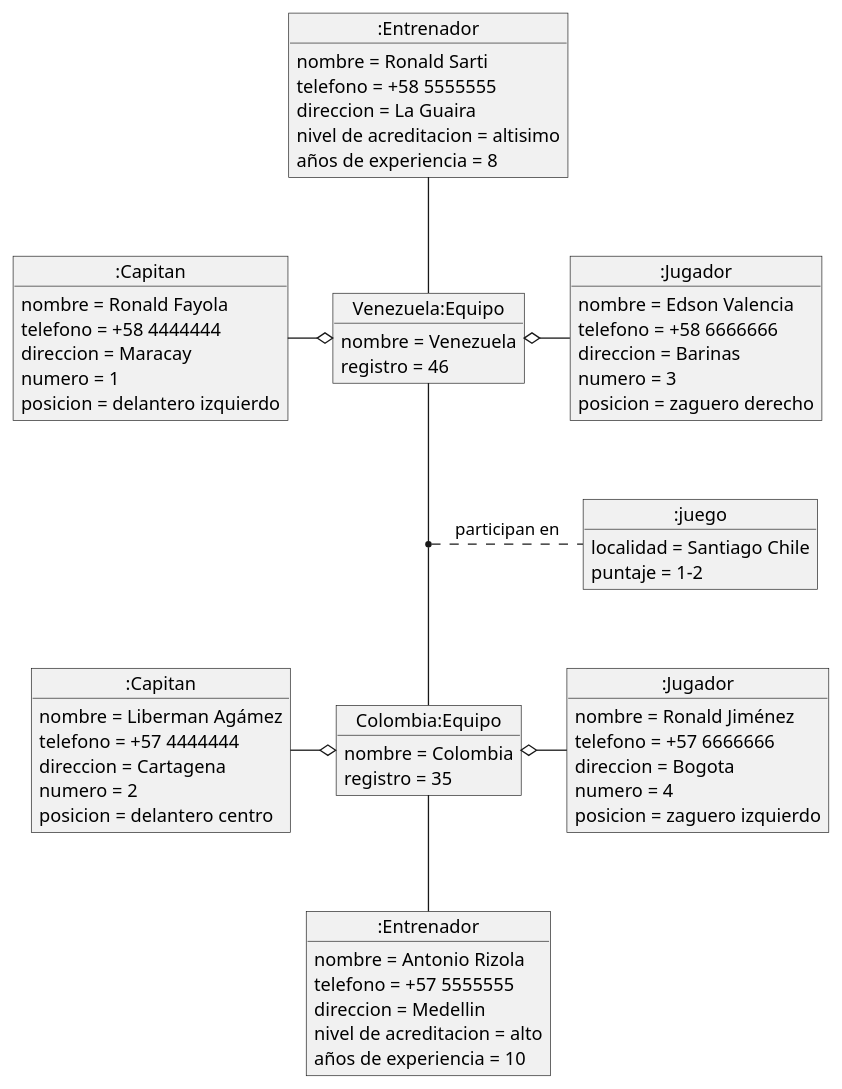
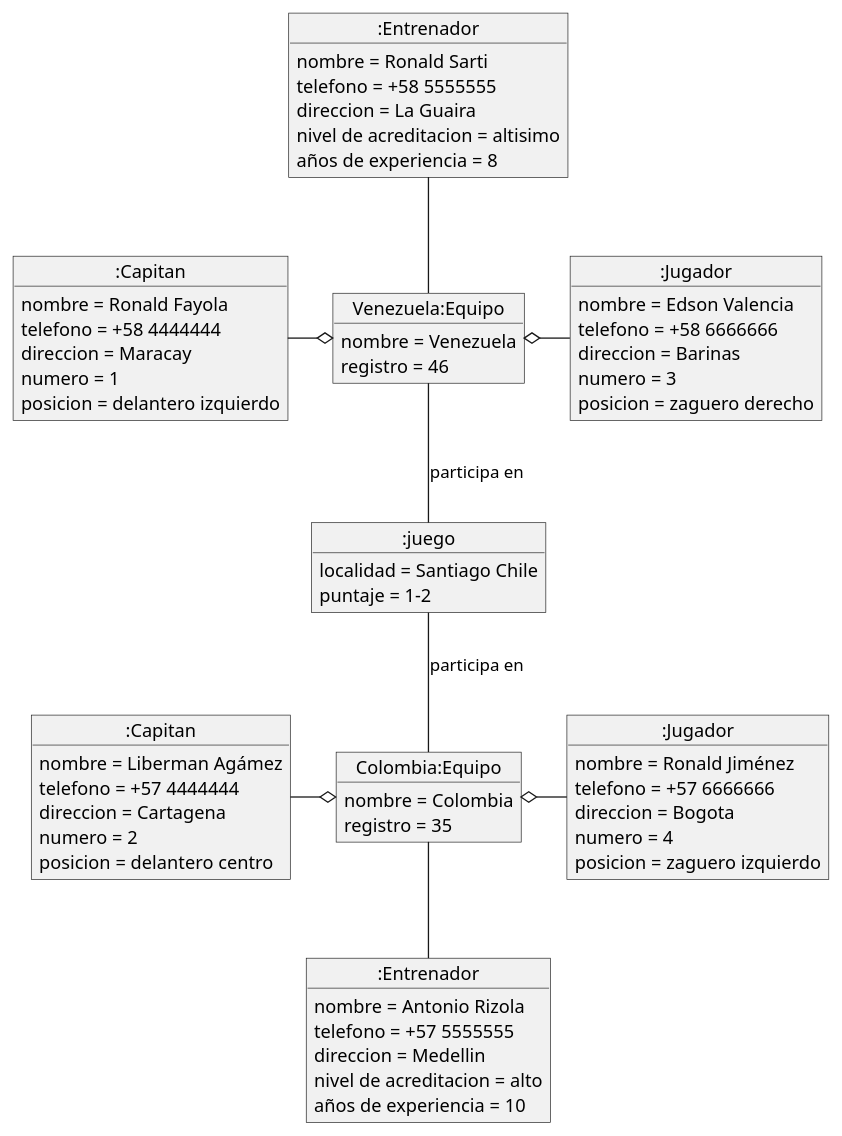
The diagram in docs/diagrams/F-gameObjectDiagram.plantuml (SoMarcanoDev/IS-022023), drawn with PlantUML before and after one commit. The commit also changed 3 other files, not shown here.

Commit message:
Fixing diagrams

```diff
--- a/docs/diagrams/F-gameObjectDiagram.plantuml
+++ b/docs/diagrams/F-gameObjectDiagram.plantuml
@@ -1,73 +1,73 @@
 @startuml
 object "Venezuela:Equipo" as Equipo1 {
     nombre = Venezuela
     registro = 46
 }
 
 object "Colombia:Equipo" as Equipo2 {
     nombre = Colombia
     registro = 35
 }
 
 object ":juego" as juego {
     localidad = Santiago Chile 
     puntaje = 1-2
 }
 
 object ":Capitan" as Capitan1 {
     nombre = Ronald Fayola
     telefono = +58 4444444
     direccion = Maracay
     numero = 1
     posicion = delantero izquierdo
 }
 
 object ":Capitan" as Capitan2 {
     nombre = Liberman Agámez
     telefono = +57 4444444
     direccion = Cartagena
     numero = 2
     posicion = delantero centro
 }
 
 object ":Entrenador" as Entrenador1 {
     nombre = Ronald Sarti
     telefono = +58 5555555
     direccion = La Guaira
     nivel de acreditacion = altisimo 
     años de experiencia = 8
 }
 
 object ":Entrenador" as Entrenador2 {
     nombre = Antonio Rizola
     telefono = +57 5555555
     direccion = Medellin
     nivel de acreditacion = alto
     años de experiencia = 10
 }
 
 object ":Jugador" as Jugador1{
     nombre = Edson Valencia
     telefono = +58 6666666
     direccion = Barinas
     numero = 3
     posicion = zaguero derecho
 }
 
 object ":Jugador" as Jugador2{
     nombre = Ronald Jiménez
     telefono = +57 6666666 
     direccion = Bogota
     numero = 4
     posicion = zaguero izquierdo
 }
 
 Equipo1 -up- Entrenador1
 Equipo1 o-left- Capitan1
 Equipo1 o-right- Jugador1
 Equipo2 -down- Entrenador2
 Equipo2 o-left- Capitan2
 Equipo2 o-right- Jugador2
-Equipo1 -- Equipo2
-(Equipo1, Equipo2) .. juego :participan en
+Equipo1 -down- juego :participa en
+Equipo2 -up- juego :participa en
 @enduml
```
